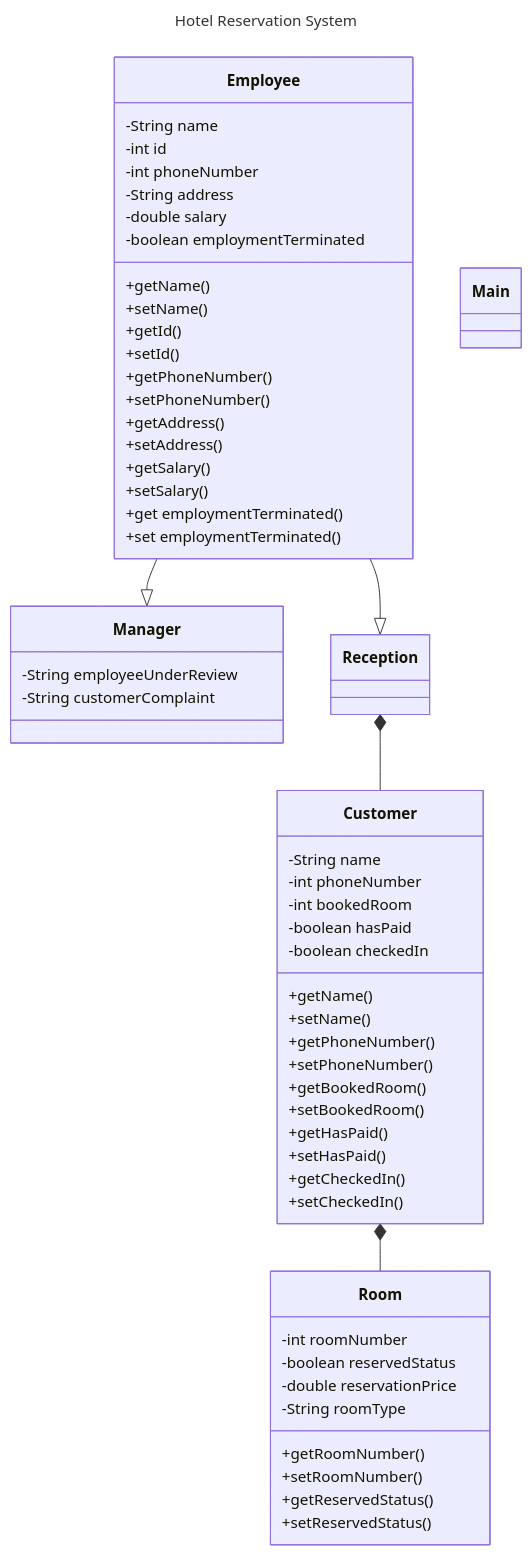
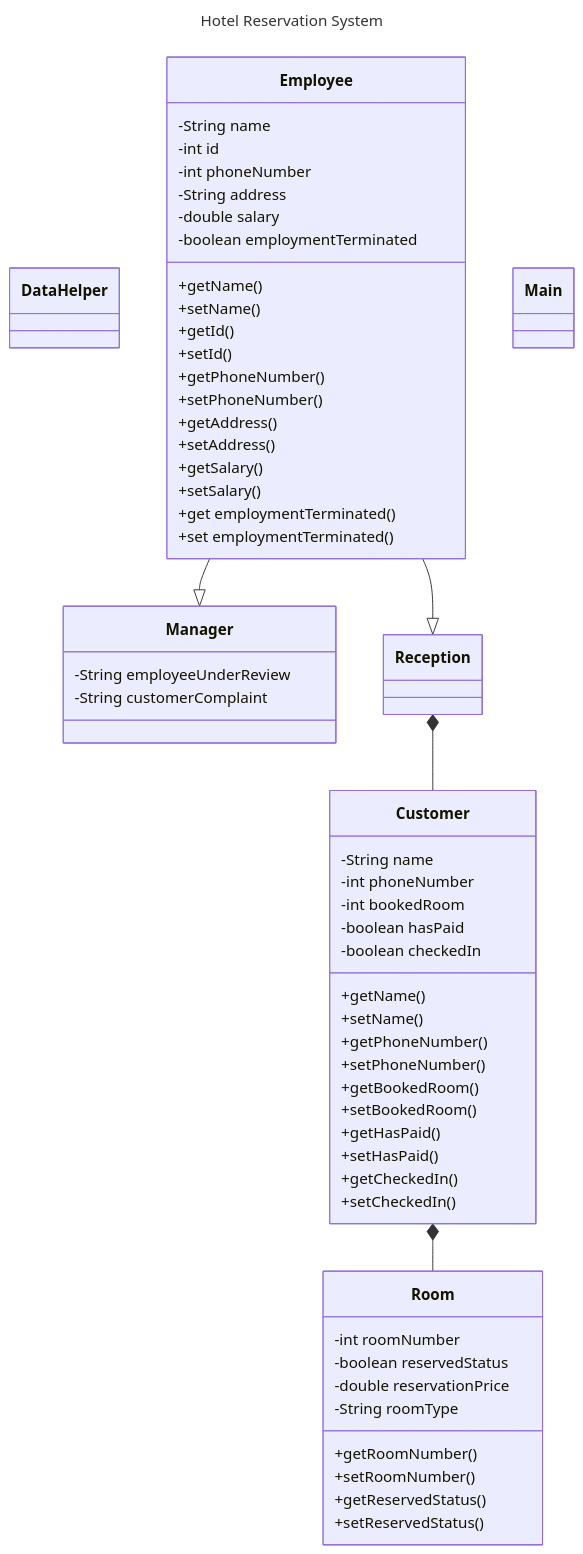
Before and after one commit to roxashrb/2425-cc3-1e-project-team-and-jerry: the diagram in wiki/class-diagram.md, drawn with Mermaid.

````diff
--- a/wiki/class-diagram.md
+++ b/wiki/class-diagram.md
@@ -1,73 +1,76 @@
 ```mermaid
 ---
 title: Hotel Reservation System
 ---
 
 classDiagram
     Customer *-- Room
     class Customer {
         -String name
         -int phoneNumber
         -int bookedRoom
         -boolean hasPaid
         -boolean checkedIn
         +getName()
         +setName()
         +getPhoneNumber()
         +setPhoneNumber()
         +getBookedRoom()
         +setBookedRoom()
         +getHasPaid()
         +setHasPaid()
         +getCheckedIn()
         +setCheckedIn()
+    }
+
+    class DataHelper {
     }
 
     class Employee {
         -String name
         -int id
         -int phoneNumber
         -String address
         -double salary
         -boolean employmentTerminated
         +getName()
         +setName()
         +getId()
         +setId()
         +getPhoneNumber()
         +setPhoneNumber()
         +getAddress()
         +setAddress()
         +getSalary()
         +setSalary()
         +get employmentTerminated()
         +set employmentTerminated()
     }
 
     class Main {
     }
 
     Employee --|> Manager
     class Manager {
         -String employeeUnderReview
         -String customerComplaint
     }
 
 
     Employee --|> Reception
     Reception *-- Customer
     class Reception {
         
     }
 
     class Room {
         -int roomNumber
         -boolean reservedStatus
         -double reservationPrice
         -String roomType
         +getRoomNumber()
         +setRoomNumber()
         +getReservedStatus()
         +setReservedStatus()
     }
 ```
````
